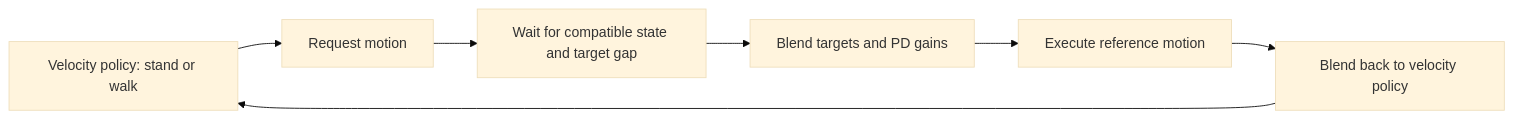
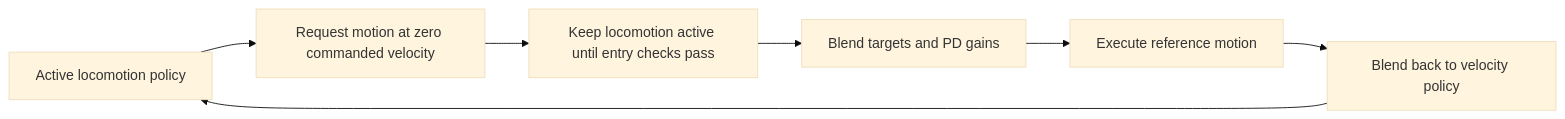
Before and after one commit to beiketaoerge/stridebridge: the diagram in README.md, drawn with Mermaid (base theme). The commit also changed other lines of this file and 3 other files, not shown here.

Commit message:
Clarify continuous locomotion at zero commanded velocity

````diff
--- a/README.md
+++ b/README.md
@@ -68,9 +73,9 @@
 ```mermaid
 flowchart LR
-    A[Velocity policy: stand or walk] --> B[Request motion]
-    B --> C[Wait for compatible state and target gap]
+    A[Active locomotion policy] --> B[Request motion at zero commanded velocity]
+    B --> C[Keep locomotion active until entry checks pass]
     C --> D[Blend targets and PD gains]
     D --> E[Execute reference motion]
     E --> F[Blend back to velocity policy]
     F --> A
 ```
````
